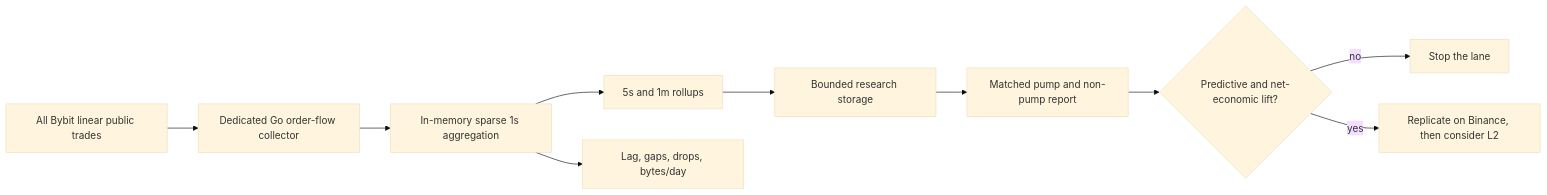
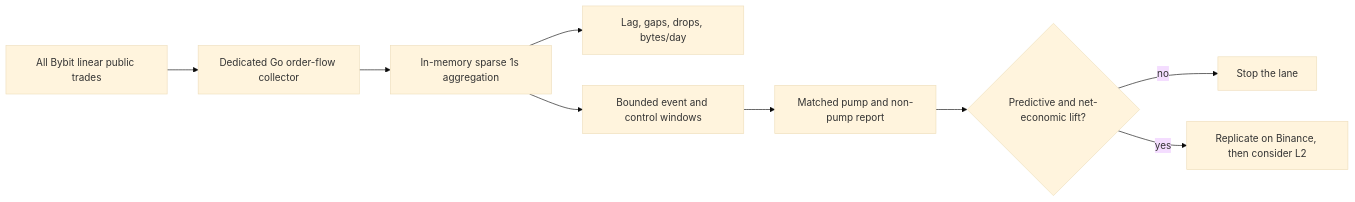
The diagram in ARCHITECTURE.md (mavlevich/schurfer), drawn with Mermaid (base theme) before and after one commit. The commit also changed other lines of this file and 15 other files, not shown here.

Commit message:
feat(collector): add bounded Bybit order-flow pilot

````diff
--- a/ARCHITECTURE.md
+++ b/ARCHITECTURE.md
@@ -114,12 +114,11 @@
 ```mermaid
 flowchart LR
     WS["All Bybit linear public trades"] --> OF["Dedicated Go order-flow collector"]
     OF --> AGG["In-memory sparse 1s aggregation"]
-    AGG --> ROLL["5s and 1m rollups"]
     AGG --> HEALTH["Lag, gaps, drops, bytes/day"]
-    ROLL --> STORE["Bounded research storage"]
+    AGG --> STORE["Bounded event and control windows"]
     STORE --> REPORT["Matched pump and non-pump report"]
     REPORT --> GATE{"Predictive and net-economic lift?"}
     GATE -->|no| STOP["Stop the lane"]
     GATE -->|yes| NEXT["Replicate on Binance, then consider L2"]
 ```
````
